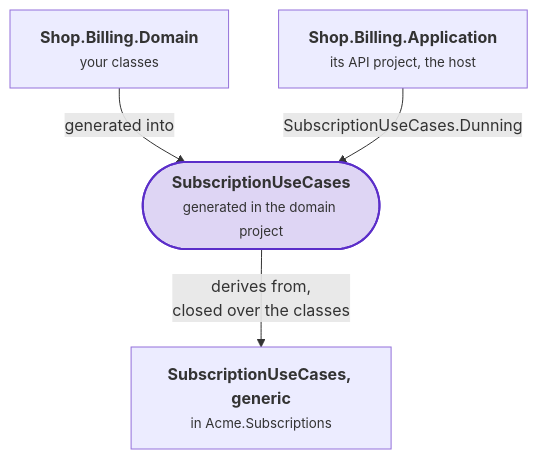
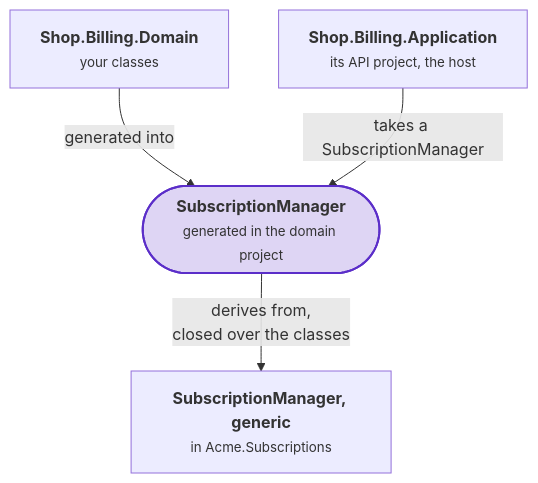
One commit to DylanSnel/DDDToolkit changed the seventh of 7 diagrams in docs/writing-a-supporting-domain.md. Above: the diagram before and after it, drawn with Mermaid. The commit also changed other lines of this file and 15 other files, not shown here.

````diff
--- a/docs/writing-a-supporting-domain.md
+++ b/docs/writing-a-supporting-domain.md
@@ -915,12 +1041,12 @@
 ```mermaid
 flowchart TB
-    package["<b>SubscriptionUseCases, generic</b><br/><small>in Acme.Subscriptions</small>"]
+    package["<b>SubscriptionManager, generic</b><br/><small>in Acme.Subscriptions</small>"]
     domain["<b>Shop.Billing.Domain</b><br/><small>your classes</small>"]
-    facade(["<b>SubscriptionUseCases</b><br/><small>generated in the domain project</small>"])
+    facade(["<b>SubscriptionManager</b><br/><small>generated in the domain project</small>"])
     application["<b>Shop.Billing.Application</b><br/><small>its API project, the host</small>"]
     domain -- "generated into" --> facade
     facade -- "derives from,<br/>closed over the classes" --> package
-    application -- "SubscriptionUseCases.Dunning" --> facade
+    application -- "takes a SubscriptionManager" --> facade
     classDef strong fill:#5b2ec933,stroke:#5b2ec9,stroke-width:2px
     class facade strong
 ```
````
